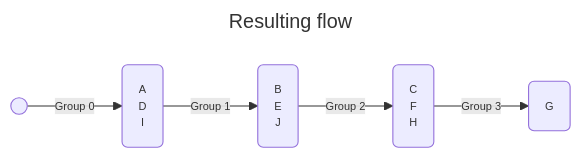
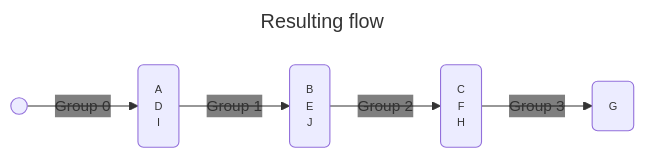
One commit to sweinst/Grafology changed the second of 2 diagrams in docs/algos/topological_sorting.md. Above: the diagram before and after it, drawn with Mermaid. The commit also changed other lines of this file and 2 other files, not shown here.

Commit message:
Added doc for MST

````diff
--- a/docs/algos/topological_sorting.md
+++ b/docs/algos/topological_sorting.md
@@ -55,26 +56,29 @@
 ```mermaid
 ---
 title: Resulting flow
 config:
   themeVariables:
     fontSize: 10px
     sectionFontSize: 10px
+    edgeLabelBackground: transparent
 ---
 graph LR;
     Group0(A
     D
     I)
     Group1(B
     E
     J)
     Group2(C
     F
     H)
     Group3(G)
     Start(( ))
     
     Start -- Group 0 --> Group0
     Group0 -- Group 1  --> Group1
     Group1 -- Group 2 --> Group2
     Group2 -- Group 3 --> Group3
+
+    linkStyle default font-size: 14px
 ```
````
